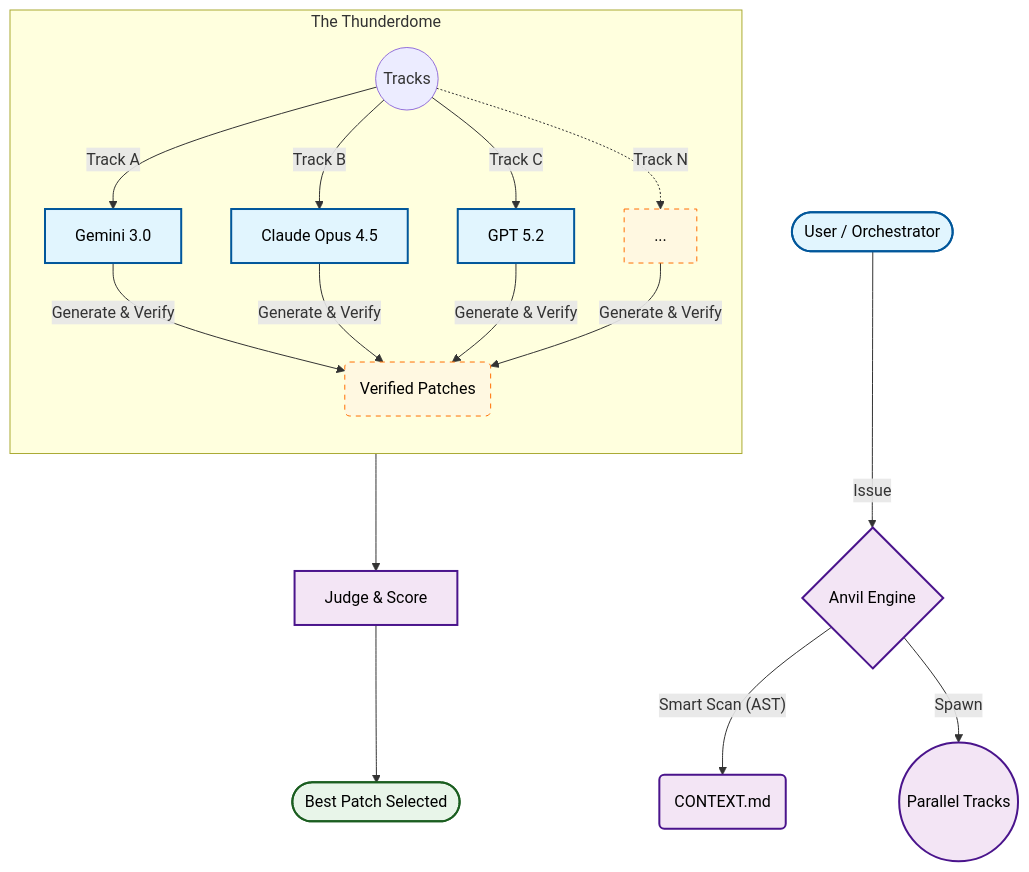
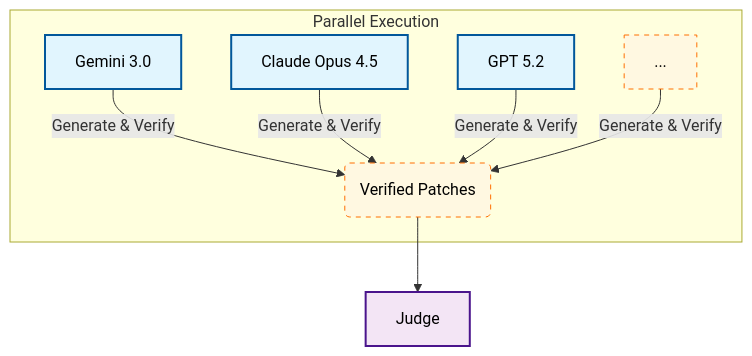
The second of 2 diagrams in README.md (grahama1970/anvil), drawn with Mermaid before and after one commit. The commit also changed other lines of this file, not shown here.

Commit message:
docs: split chaotic mermaid into two linked charts

````diff
--- a/README.md
+++ b/README.md
@@ -50,46 +72,19 @@
 ```mermaid
 flowchart TD
-    %% Nodes
-    User(["User / Orchestrator"])
-    Anvil{"Anvil Engine"}
-    Context("CONTEXT.md")
-    Judge["Judge & Score"]
-    Winner(["Best Patch Selected"])
-    Dispatcher(("Tracks"))
-
     %% Styles
     classDef actor fill:#e1f5fe,stroke:#01579b,stroke-width:2px,color:#000
+    classDef file fill:#fff8e1,stroke:#ff6f00,stroke-width:1px,stroke-dasharray: 5 5,color:#000
     classDef process fill:#f3e5f5,stroke:#4a148c,stroke-width:2px,color:#000
-    classDef file fill:#fff8e1,stroke:#ff6f00,stroke-width:1px,stroke-dasharray: 5 5,color:#000
-    classDef decision fill:#e8f5e9,stroke:#1b5e20,stroke-width:2px,color:#000
-    classDef fail fill:#ffebee,stroke:#c62828,stroke-width:1px,color:#000
 
-    %% Main Flow
-    User:::actor -->|"Issue"| Anvil:::process
-    Anvil -->|"Smart Scan (AST)"| Context("CONTEXT.md"):::process
-    Anvil -->|"Spawn"| Tracks(("Parallel Tracks")):::process
+    Gemini["Gemini 3.0"]:::actor
+    Claude["Claude Opus 4.5"]:::actor
+    GPT["GPT 5.2"]:::actor
+    More["..."]:::file
 
-    subgraph Thunderdome ["The Thunderdome"]
-        direction TB
-        style Thunderdome text-align:left
-
-        %% Track Definitions
-        Gemini["Gemini 3.0"]:::actor
-        Claude["Claude Opus 4.5"]:::actor
-        GPT["GPT 5.2"]:::actor
-        More["..."]:::file
-
-        %% The "Run"
-        Dispatcher -->|"Track A"| Gemini
-        Dispatcher -->|"Track B"| Claude
-        Dispatcher -->|"Track C"| GPT
-        Dispatcher -.->|"Track N"| More
-
-        %% Verification Loop (Conceptual)
+    subgraph Tracks ["Parallel Execution"]
+        style Tracks text-align:left
         Gemini & Claude & GPT & More -->|"Generate & Verify"| Patches("Verified Patches"):::file
     end
 
-    %% Final Selection
     Patches --> Judge:::process
-    Judge --> Winner:::decision
 ```
````
